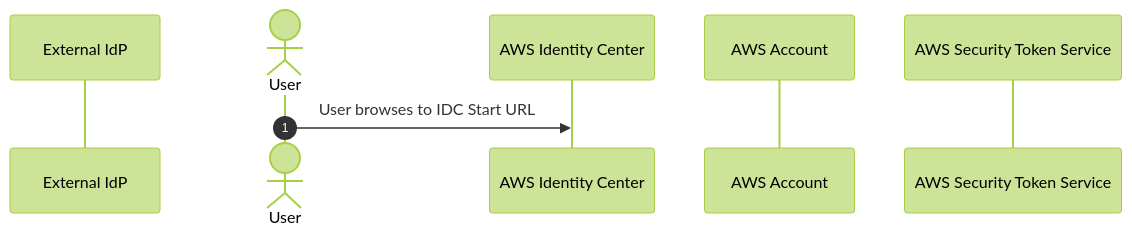
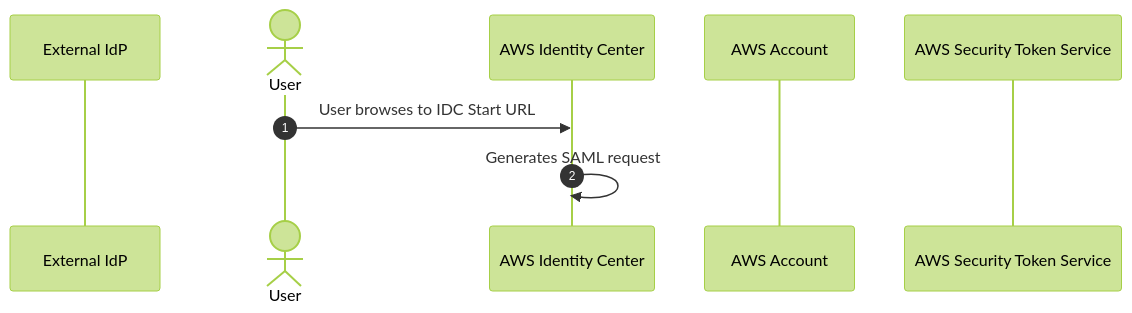
One commit to keshavbaweja-git/workshops changed the diagram in identity-center/flow.md. Above: the diagram before and after it, drawn with Mermaid (forest theme).

Commit message:
Identity Center

````diff
--- a/identity-center/flow.md
+++ b/identity-center/flow.md
@@ -1,10 +1,11 @@
 ```mermaid
 sequenceDiagram
     participant eidp as External IdP
     actor user as User
     participant idc as AWS Identity Center
     participant account as AWS Account
     participant sts as AWS Security Token Service
     autonumber
     user->>idc: User browses to IDC Start URL
+    idc->>idc: Generates SAML request
 ```
````
